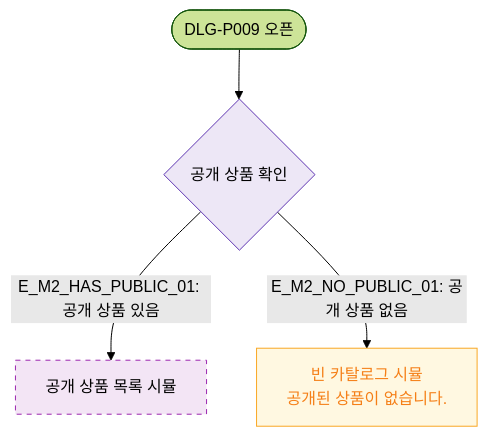
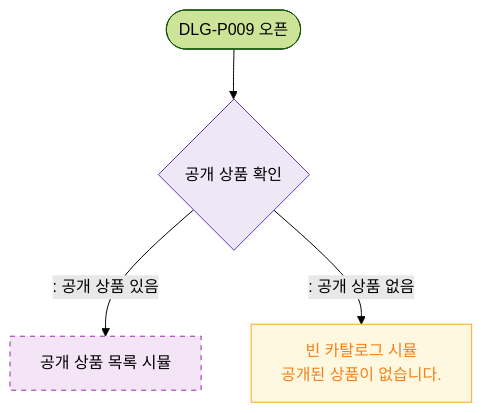
The diagram in docs/다이어그램/D05_상품관리/DLG/DLG-P009_카탈로그미리보기/M2_필드검증.md (dev-spogym/admin-pando), drawn with Mermaid (forest theme) before and after one commit. The commit also changed other lines of this file and 1660 other files, not shown here.

First line of the commit message:
다이어그램: 기획자/클라이언트 납품본으로 정리

````diff
--- a/docs/다이어그램/D05_상품관리/DLG/DLG-P009_카탈로그미리보기/M2_필드검증.md
+++ b/docs/다이어그램/D05_상품관리/DLG/DLG-P009_카탈로그미리보기/M2_필드검증.md
@@ -16,13 +14,13 @@
 ```mermaid
 flowchart TD
     OPEN([DLG-P009 오픈]) --> PublicCheck{공개 상품 확인}
-    PublicCheck -->|"E_M2_HAS_PUBLIC_01: 공개 상품 있음"| ShowItems[공개 상품 목록 시뮬]
-    PublicCheck -->|"E_M2_NO_PUBLIC_01: 공개 상품 없음"| EmptyPreview[빈 카탈로그 시뮬\n공개된 상품이 없습니다.]
+    PublicCheck -->|": 공개 상품 있음"|ShowItems[공개 상품 목록 시뮬]
+    PublicCheck -->|": 공개 상품 없음"|EmptyPreview[빈 카탈로그 시뮬\n공개된 상품이 없습니다.]
 
     classDef newFeature fill:#F3E5F5,stroke:#9C27B0,stroke-dasharray:5 5
     classDef warning fill:#FFF8E1,stroke:#F9A825,color:#F57F17
     classDef system fill:#EDE7F6,stroke:#5E35B2
     class ShowItems newFeature
     class EmptyPreview warning
     class PublicCheck system
 ```
````
